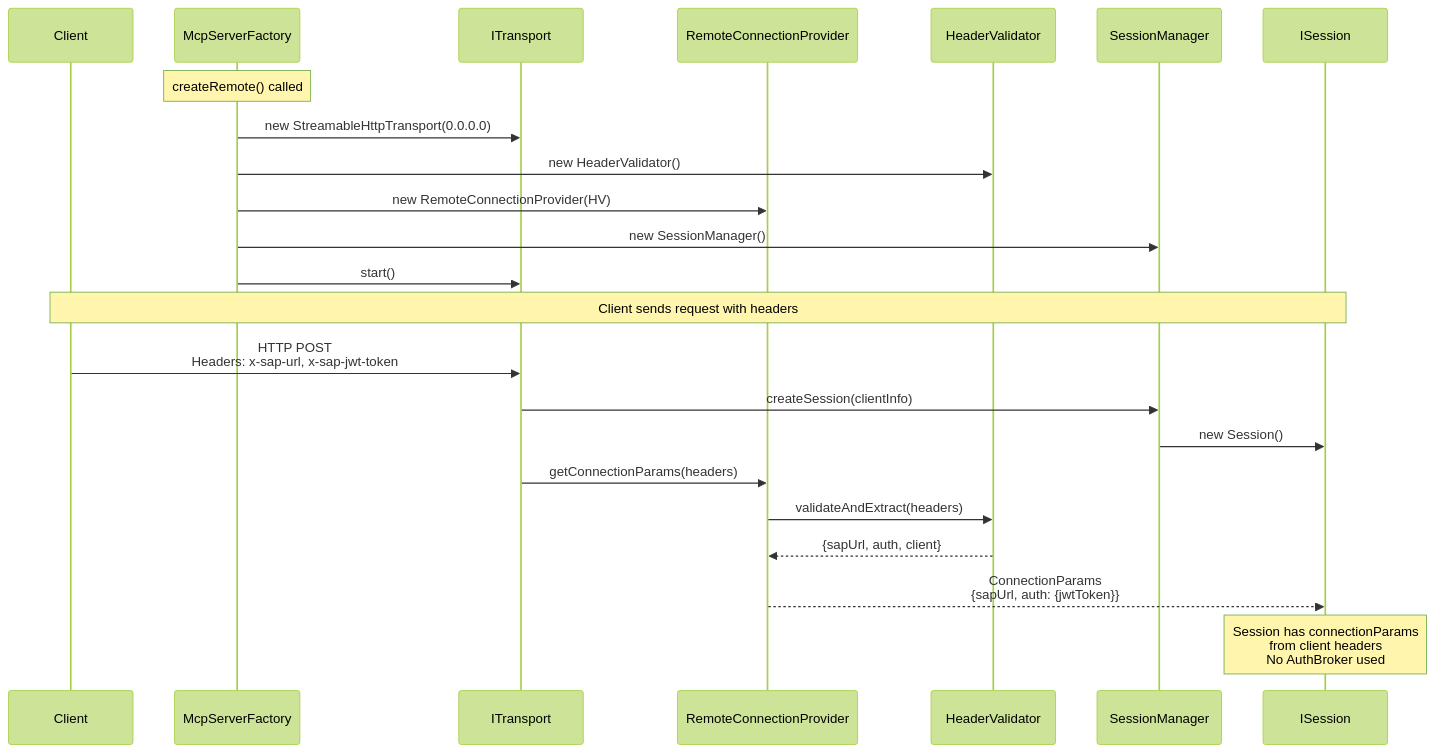
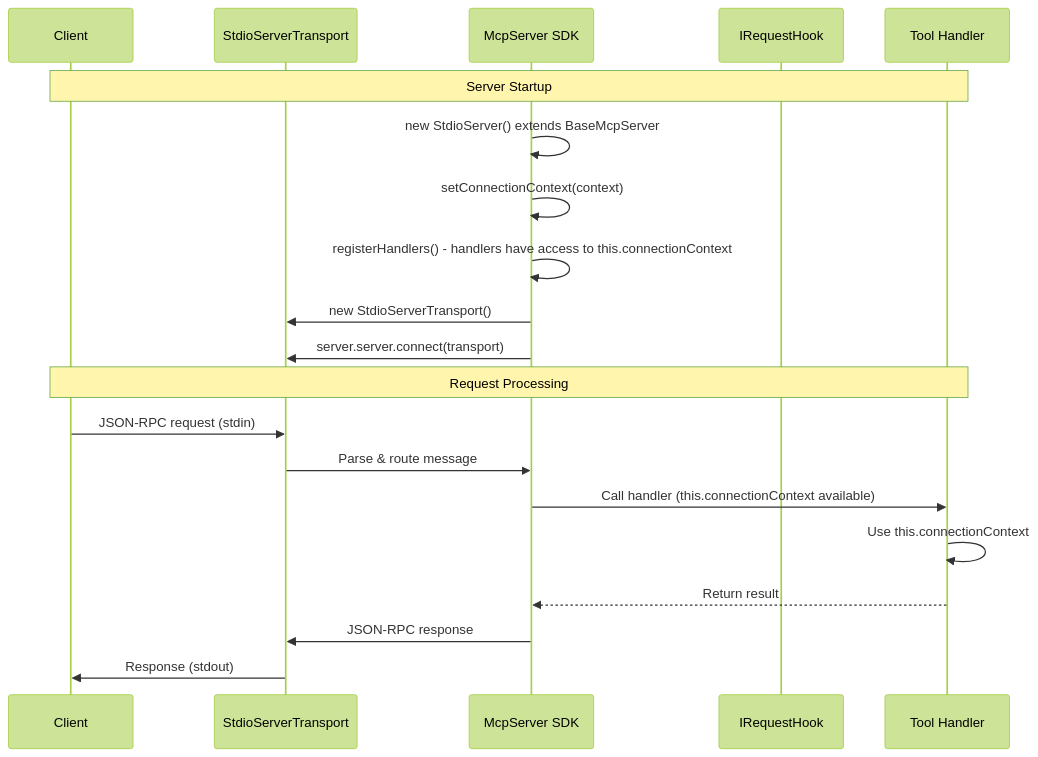
One commit to fr0ster/mcp-abap-adt changed the first of 3 diagrams in src/lib/servers/ARCHITECTURE.md. Above: the diagram before and after it, drawn with Mermaid (forest theme). The commit also changed other lines of this file and 1 other file, not shown here.

First line of the commit message:
refactor: update MCP Server architecture documentation and remove obsolete roadmap

````diff
--- a/src/lib/servers/ARCHITECTURE.md
+++ b/src/lib/servers/ARCHITECTURE.md
@@ -431,31 +112,24 @@
 ```mermaid
 sequenceDiagram
     participant Client
-    participant Factory as McpServerFactory
-    participant Transport as ITransport
-    participant CP as RemoteConnectionProvider
-    participant HV as HeaderValidator
-    participant SM as SessionManager
-    participant Session as ISession
+    participant STDIO as StdioServerTransport
+    participant SDK as McpServer SDK
+    participant Hook as IRequestHook
+    participant Handler as Tool Handler
     
-    Note over Factory: createRemote() called
+    Note over Client,Handler: Server Startup
+    SDK->>SDK: new StdioServer() extends BaseMcpServer
+    SDK->>SDK: setConnectionContext(context)
+    SDK->>SDK: registerHandlers() - handlers have access to this.connectionContext
+    SDK->>STDIO: new StdioServerTransport()
+    SDK->>STDIO: server.server.connect(transport)
     
-    Factory->>Transport: new StreamableHttpTransport(0.0.0.0)
-    Factory->>HV: new HeaderValidator()
-    Factory->>CP: new RemoteConnectionProvider(HV)
-    Factory->>SM: new SessionManager()
-    Factory->>Transport: start()
-    
-    Note over Client,Session: Client sends request with headers
-    
-    Client->>Transport: HTTP POST<br/>Headers: x-sap-url, x-sap-jwt-token
-    Transport->>SM: createSession(clientInfo)
-    SM->>Session: new Session()
-    Transport->>CP: getConnectionParams(headers)
-    
-    CP->>HV: validateAndExtract(headers)
-    HV-->>CP: {sapUrl, auth, client}
-    CP-->>Session: ConnectionParams<br/>{sapUrl, auth: {jwtToken}}
-    
-    Note over Session: Session has connectionParams<br/>from client headers<br/>No AuthBroker used
+    Note over Client,Handler: Request Processing
+    Client->>STDIO: JSON-RPC request (stdin)
+    STDIO->>SDK: Parse & route message
+    SDK->>Handler: Call handler (this.connectionContext available)
+    Handler->>Handler: Use this.connectionContext
+    Handler-->>SDK: Return result
+    SDK->>STDIO: JSON-RPC response
+    STDIO->>Client: Response (stdout)
 ```
````
